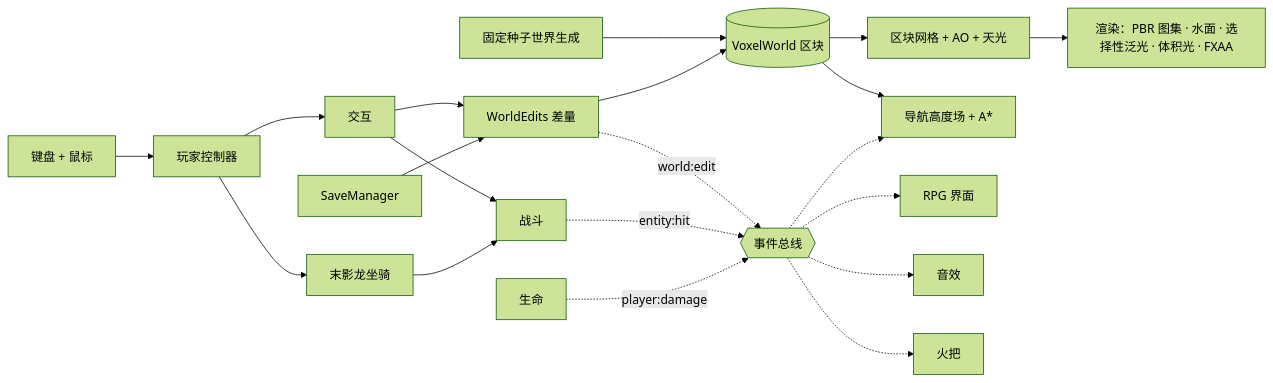
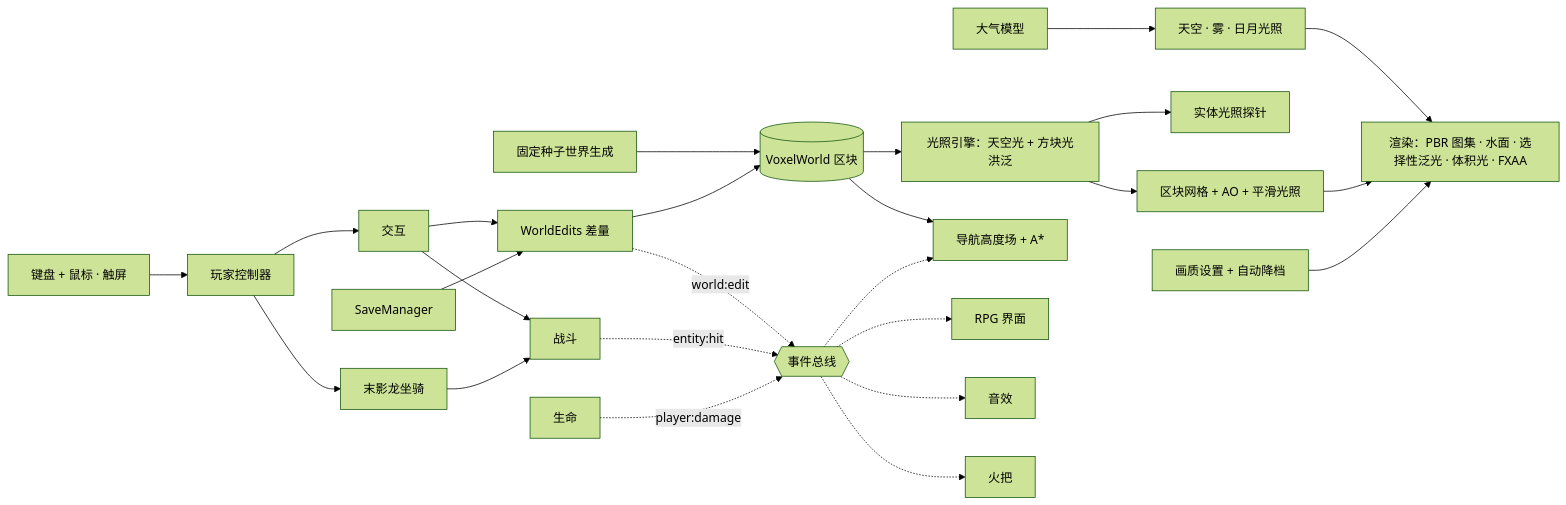
Before and after one commit to a-side-project/jadeveil: the diagram in README.zh-CN.md, drawn with Mermaid (forest theme). The commit also changed other lines of this file and 30 other files, not shown here.

First line of the commit message:
Core experience: baked voxel lighting, physical sky, graphics tiers, touch, settings

````diff
--- a/README.zh-CN.md
+++ b/README.zh-CN.md
@@ -156,25 +207,30 @@
 ```mermaid
 flowchart LR
     GEN[固定种子世界生成] --> WORLD[(VoxelWorld 区块)]
     EDITS[WorldEdits 差量] --> WORLD
-    WORLD --> MESH[区块网格 + AO + 天光]
+    WORLD --> LIGHT[光照引擎：天空光 + 方块光洪泛]
+    LIGHT --> MESH[区块网格 + AO + 平滑光照]
+    LIGHT --> PROBE[实体光照探针]
+    ATMO[大气模型] --> SKY[天空 · 雾 · 日月光照]
+    SKY --> RENDER
     WORLD --> NAV[导航高度场 + A*]
     MESH --> RENDER[渲染：PBR 图集 · 水面 · 选择性泛光 · 体积光 · FXAA]
 
-    INPUT[键盘 + 鼠标] --> PLAYER[玩家控制器]
+    INPUT[键盘 + 鼠标 · 触屏] --> PLAYER[玩家控制器]
+    QUALITY[画质设置 + 自动降档] --> RENDER
     PLAYER --> MOUNT[末影龙坐骑]
     PLAYER --> INTERACT[交互]
     INTERACT --> EDITS
     INTERACT --> COMBAT[战斗]
     MOUNT --> COMBAT
 
     BUS{{事件总线}}
     EDITS -. world:edit .-> BUS
     COMBAT -. entity:hit .-> BUS
     HEALTH[生命] -. player:damage .-> BUS
     BUS -.-> HUD[RPG 界面]
     BUS -.-> AUDIO[音效]
     BUS -.-> TORCH[火把]
     BUS -.-> NAV
     SAVE[SaveManager] --> EDITS
 ```
````
